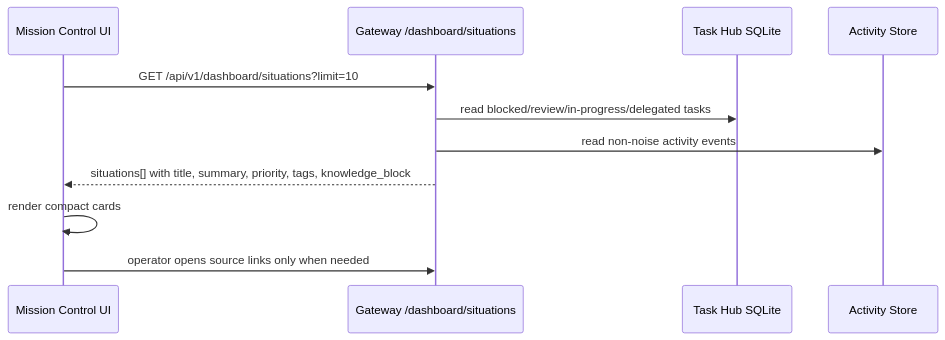
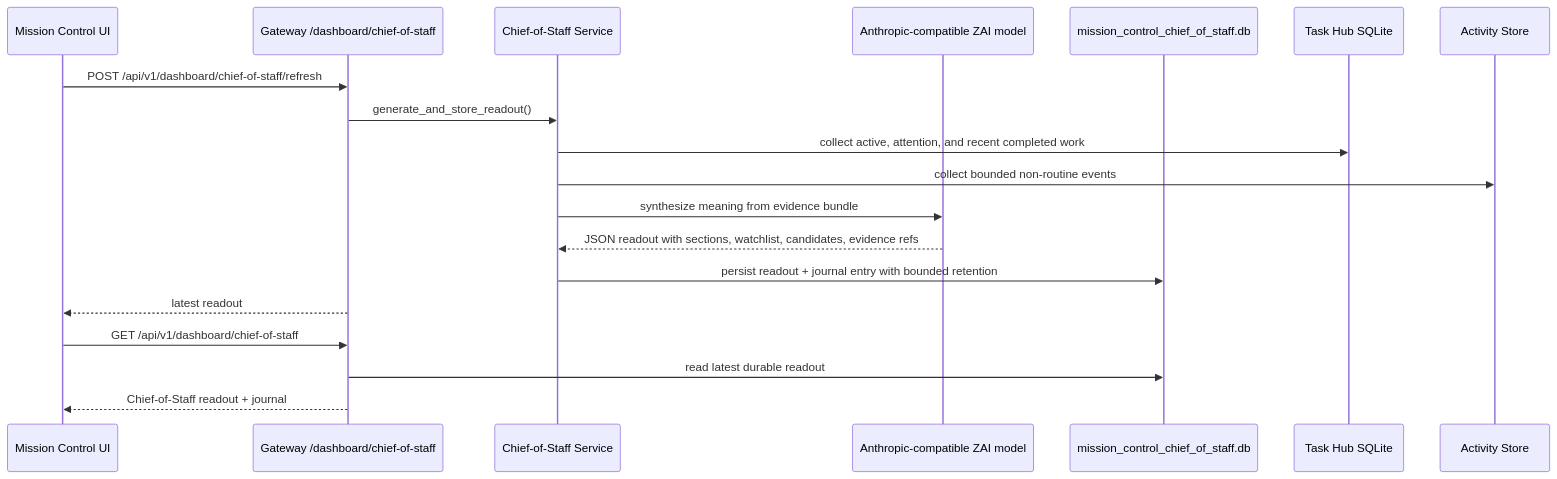
The third of 5 diagrams in docs/02_Subsystems/Task_Hub_Dashboard.md (Kjdragan/universal_agent), drawn with Mermaid before and after one commit. The commit also changed other lines of this file and 15 other files, not shown here.

````diff
--- a/docs/02_Subsystems/Task_Hub_Dashboard.md
+++ b/docs/02_Subsystems/Task_Hub_Dashboard.md
@@ -226,14 +249,22 @@
 ```mermaid
 sequenceDiagram
     participant UI as Mission Control UI
-    participant API as Gateway /dashboard/situations
+    participant API as Gateway /dashboard/chief-of-staff
+    participant COS as Chief-of-Staff Service
+    participant LLM as Anthropic-compatible ZAI model
+    participant DB as mission_control_chief_of_staff.db
     participant TH as Task Hub SQLite
     participant EV as Activity Store
 
-    UI->>API: GET /api/v1/dashboard/situations?limit=10
-    API->>TH: read blocked/review/in-progress/delegated tasks
-    API->>EV: read non-noise activity events
-    API-->>UI: situations[] with title, summary, priority, tags, knowledge_block
-    UI->>UI: render compact cards
-    UI->>API: operator opens source links only when needed
+    UI->>API: POST /api/v1/dashboard/chief-of-staff/refresh
+    API->>COS: generate_and_store_readout()
+    COS->>TH: collect active, attention, and recent completed work
+    COS->>EV: collect bounded non-routine events
+    COS->>LLM: synthesize meaning from evidence bundle
+    LLM-->>COS: JSON readout with sections, watchlist, candidates, evidence refs
+    COS->>DB: persist readout + journal entry with bounded retention
+    API-->>UI: latest readout
+    UI->>API: GET /api/v1/dashboard/chief-of-staff
+    API->>DB: read latest durable readout
+    API-->>UI: Chief-of-Staff readout + journal
 ```
````
